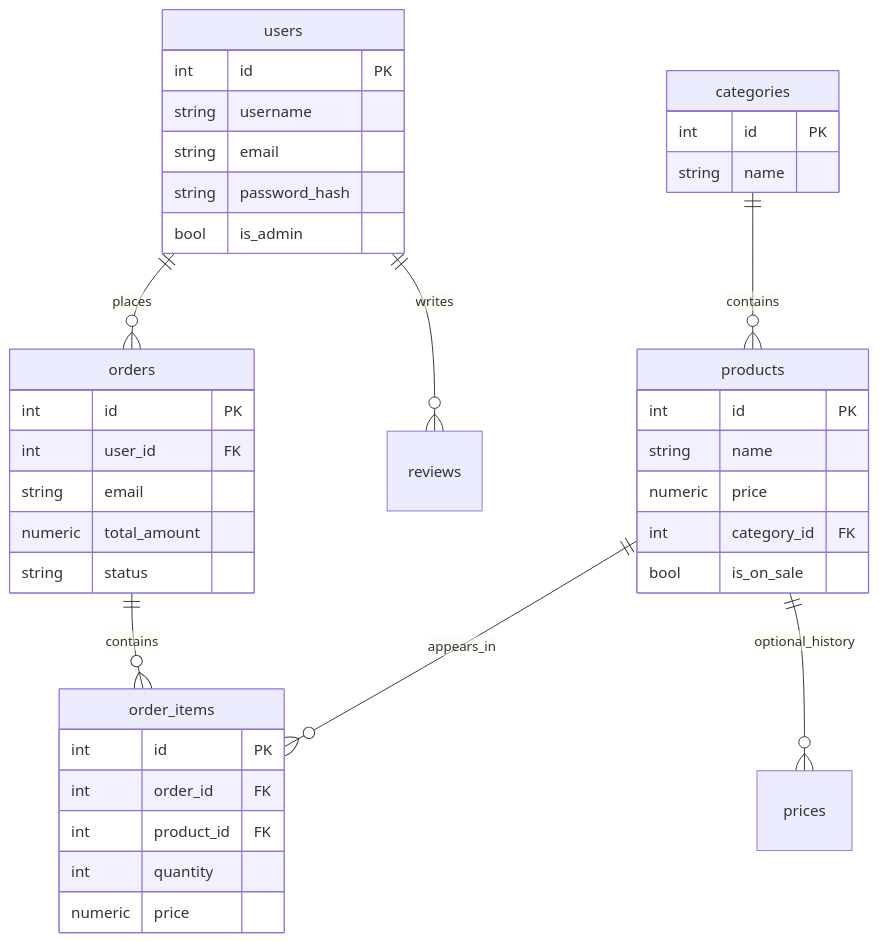
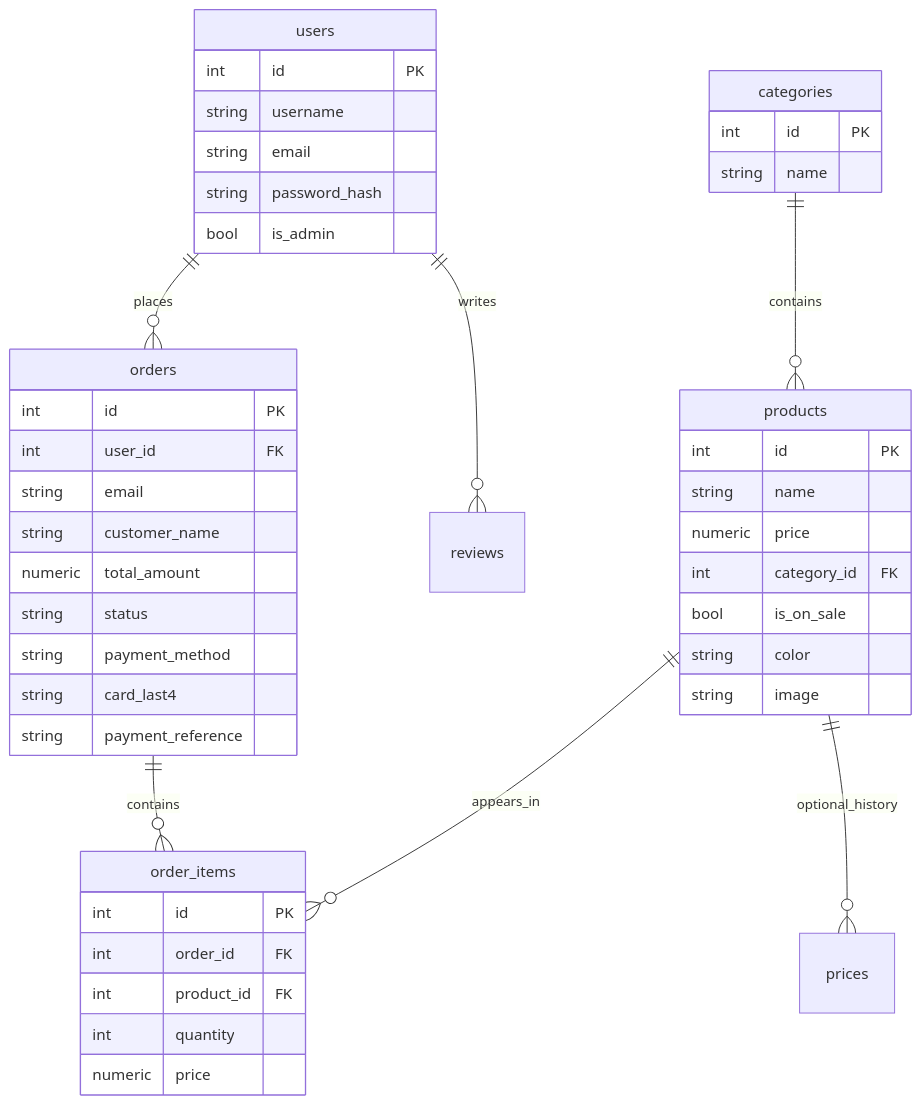
Before and after one commit to Issercio/Demo-day: the second of 3 diagrams in README.md, drawn with Mermaid. The commit also changed other lines of this file and 1 other file, not shown here.

````diff
--- a/README.md
+++ b/README.md
@@ -184,42 +196,48 @@
 ```mermaid
 erDiagram
   users ||--o{ orders : places
   users ||--o{ reviews : writes
   categories ||--o{ products : contains
   products ||--o{ order_items : appears_in
   orders ||--o{ order_items : contains
   products ||--o{ prices : optional_history
 
   users {
     int id PK
     string username
     string email
     string password_hash
     bool is_admin
   }
   categories {
     int id PK
     string name
   }
   products {
     int id PK
     string name
     numeric price
     int category_id FK
     bool is_on_sale
+    string color
+    string image
   }
   orders {
     int id PK
     int user_id FK
     string email
+    string customer_name
     numeric total_amount
     string status
+    string payment_method
+    string card_last4
+    string payment_reference
   }
   order_items {
     int id PK
     int order_id FK
     int product_id FK
     int quantity
     numeric price
   }
 ```
````
